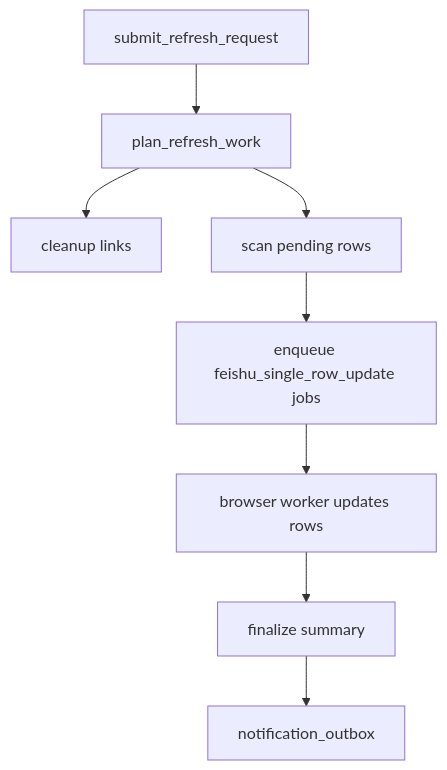
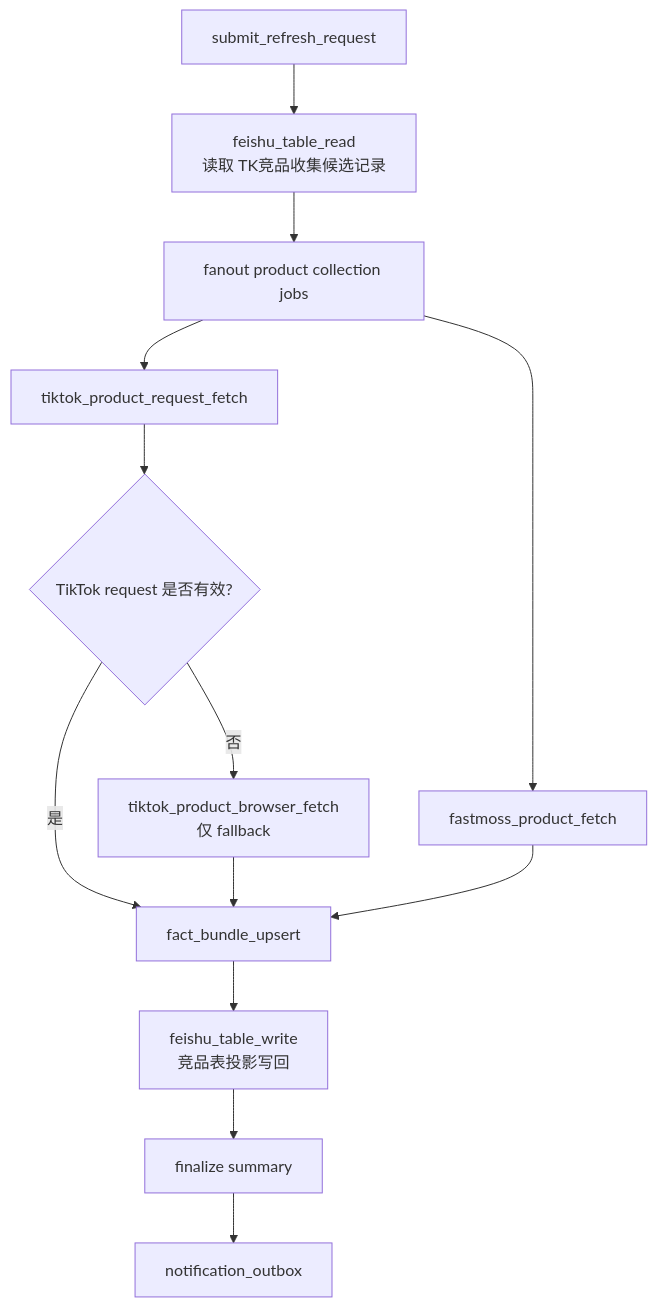
The third of 6 diagrams in docs/arch/workflow-redesign-review.md (knighterrantsky/mujitask), drawn with Mermaid before and after one commit. The commit also changed other lines of this file and 53 other files, not shown here.

````diff
--- a/docs/arch/workflow-redesign-review.md
+++ b/docs/arch/workflow-redesign-review.md
@@ -206,10 +343,15 @@
 ```mermaid
 flowchart TD
-    A["submit_refresh_request"] --> B["plan_refresh_work"]
-    B --> C["cleanup links"]
-    B --> D["scan pending rows"]
-    D --> E["enqueue feishu_single_row_update jobs"]
-    E --> F["browser worker updates rows"]
-    F --> G["finalize summary"]
-    G --> H["notification_outbox"]
+    A["submit_refresh_request"] --> B["feishu_table_read<br/>读取 TK竞品收集候选记录"]
+    B --> C["fanout product collection jobs"]
+    C --> D["tiktok_product_request_fetch"]
+    C --> E["fastmoss_product_fetch"]
+    D --> F{"TikTok request 是否有效?"}
+    F -->|否| G["tiktok_product_browser_fetch<br/>仅 fallback"]
+    F -->|是| H["fact_bundle_upsert"]
+    G --> H
+    E --> H
+    H --> I["feishu_table_write<br/>竞品表投影写回"]
+    I --> J["finalize summary"]
+    J --> K["notification_outbox"]
 ```
````
